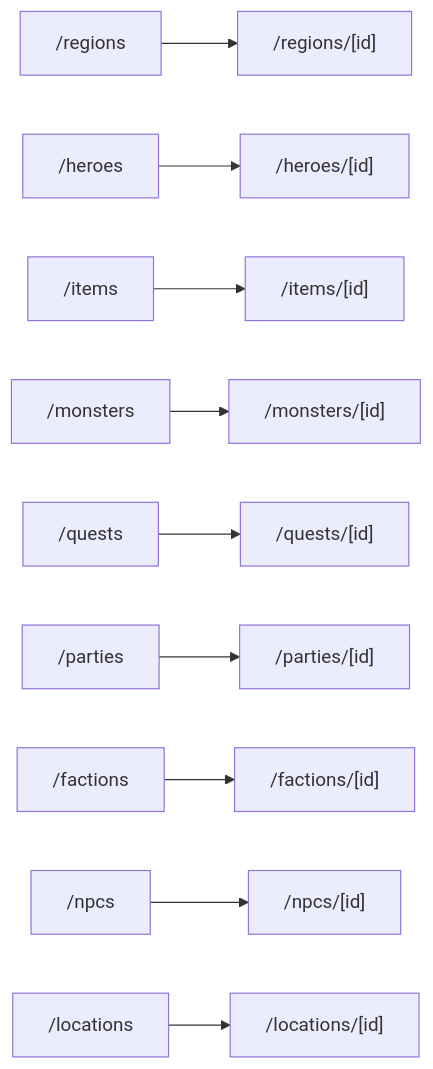
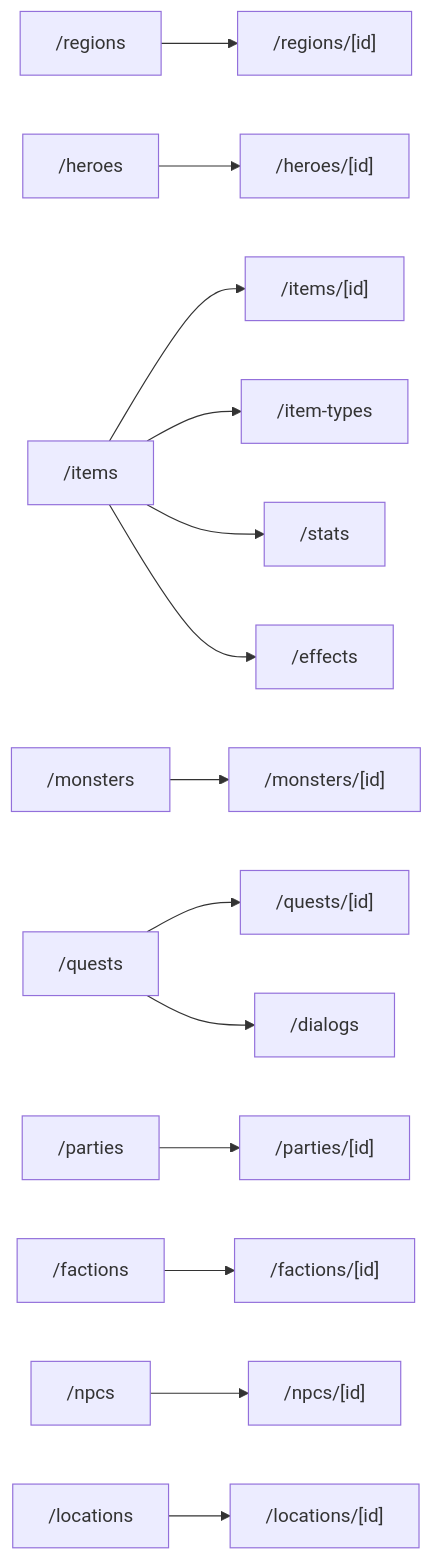
Before and after one commit to revisium/demo-rpg-frontend: the second of 2 diagrams in docs/product/site-map.md, drawn with Mermaid. The commit also changed other lines of this file and 41 other files, not shown here.

````diff
--- a/docs/product/site-map.md
+++ b/docs/product/site-map.md
@@ -83,12 +87,16 @@
 ```mermaid
 flowchart LR
   Regions["/regions"] --> RegionDetail["/regions/[id]"]
   Heroes["/heroes"] --> HeroDetail["/heroes/[id]"]
   Items["/items"] --> ItemDetail["/items/[id]"]
+  Items --> ItemTypes["/item-types"]
+  Items --> Stats["/stats"]
+  Items --> Effects["/effects"]
   Monsters["/monsters"] --> MonsterDetail["/monsters/[id]"]
   Quests["/quests"] --> QuestDetail["/quests/[id]"]
+  Quests --> Dialogs["/dialogs"]
   Parties["/parties"] --> PartyDetail["/parties/[id]"]
   Factions["/factions"] --> FactionDetail["/factions/[id]"]
   NPCs["/npcs"] --> NPCDetail["/npcs/[id]"]
   Locations["/locations"] --> LocationDetail["/locations/[id]"]
 ```
````
